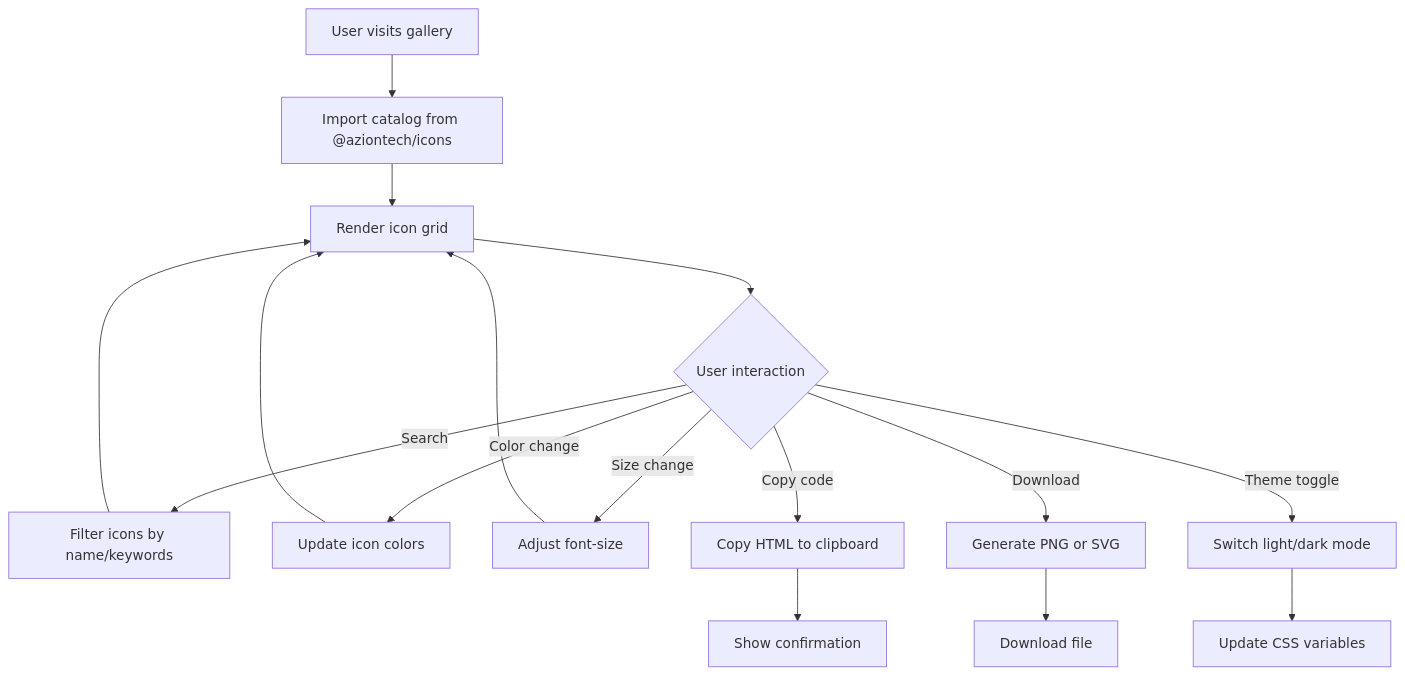
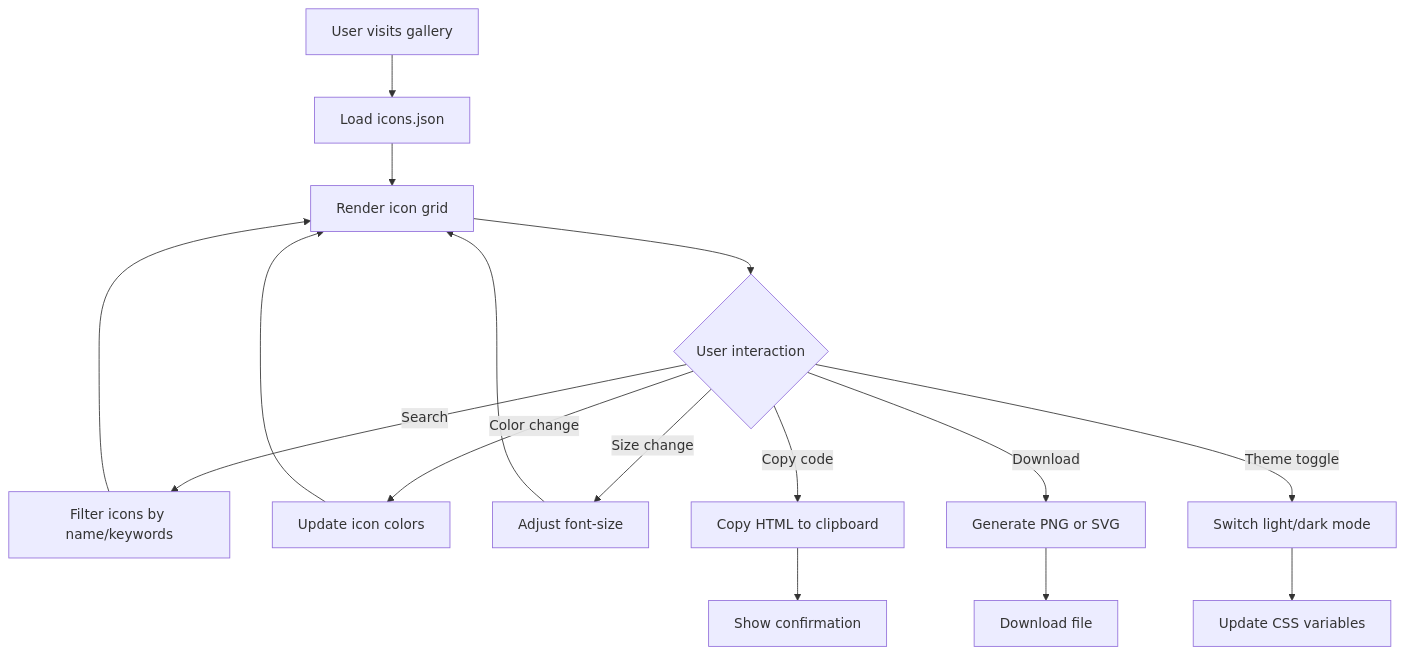
One commit to aziontech/webkit changed the first of 3 diagrams in apps/icons-gallery/README.md. Above: the diagram before and after it, drawn with Mermaid. The commit also changed other lines of this file and 156 other files, not shown here.

````diff
--- a/apps/icons-gallery/README.md
+++ b/apps/icons-gallery/README.md
@@ -42,18 +41,18 @@
 ```mermaid
 flowchart TD
-    A[User visits gallery] --> B[Import catalog from @aziontech/icons]
+    A[User visits gallery] --> B[Load icons.json]
     B --> C[Render icon grid]
     C --> D{User interaction}
     D -->|Search| E[Filter icons by name/keywords]
     D -->|Color change| F[Update icon colors]
     D -->|Size change| G[Adjust font-size]
     D -->|Copy code| H[Copy HTML to clipboard]
     D -->|Download| I[Generate PNG or SVG]
     D -->|Theme toggle| J[Switch light/dark mode]
     E --> C
     F --> C
     G --> C
     H --> K[Show confirmation]
     I --> L[Download file]
     J --> M[Update CSS variables]
 ```
````
